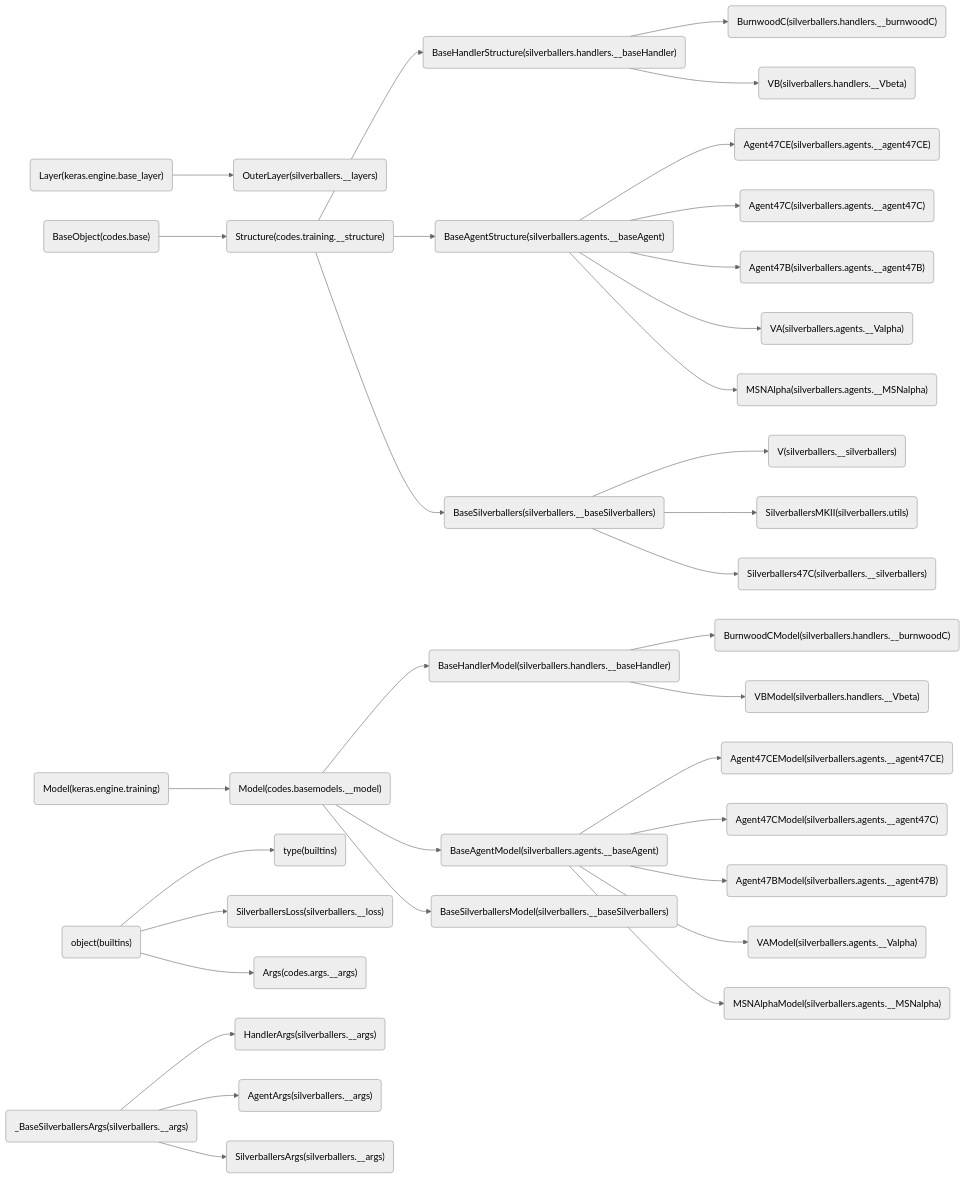
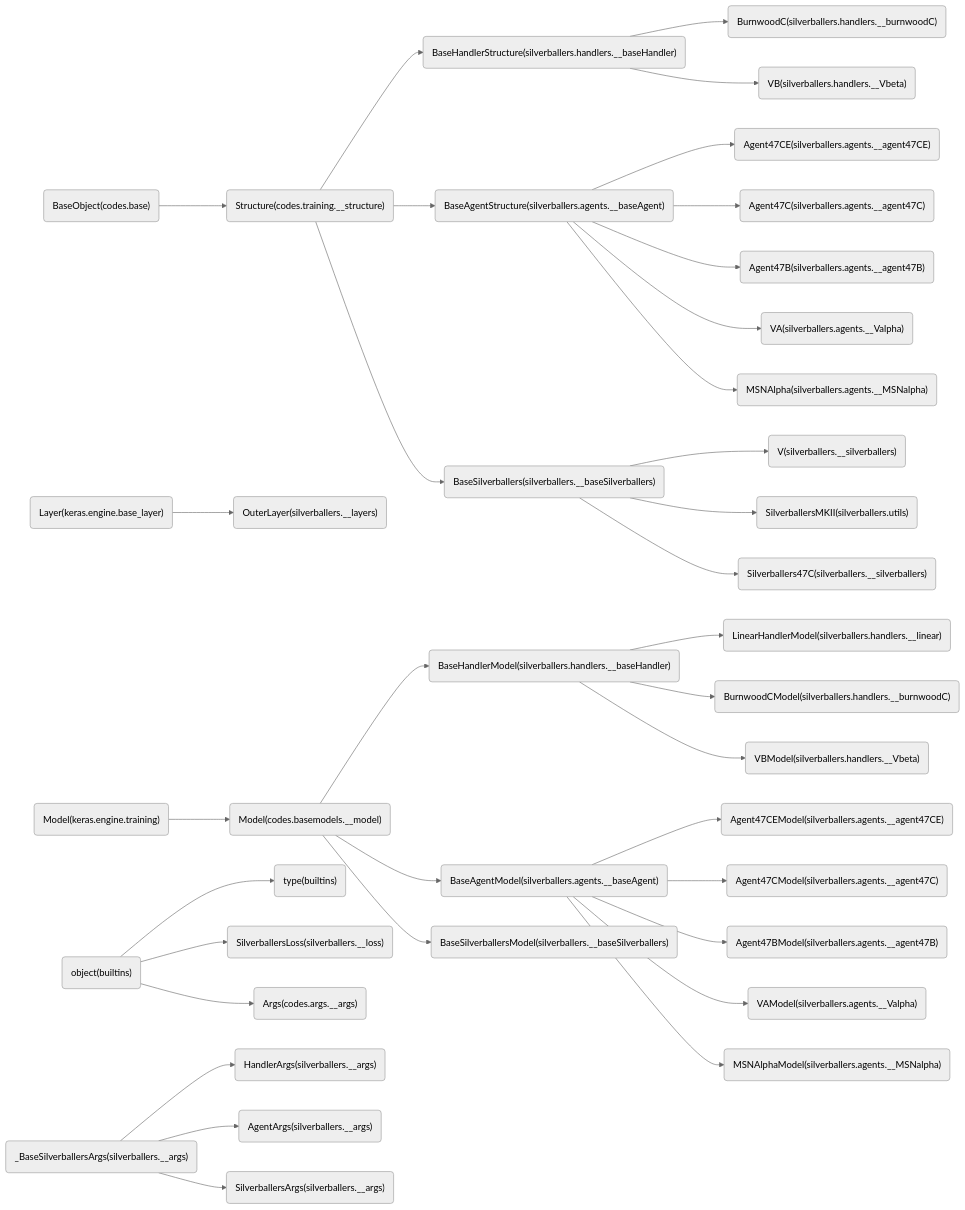
The second of 2 diagrams in classRef.md (cocoon2wong/Project-Jocker), drawn with Mermaid (neutral theme) before and after one commit. The commit also changed 1 other file, not shown here.

Commit message:
fix the iterable `SecondaryBar`

````diff
--- a/classRef.md
+++ b/classRef.md
@@ -81,35 +81,36 @@
 ```mermaid
     graph LR
-        keras.engine.base_layer_Layer("Layer(keras.engine.base_layer)") --> silverballers.__layers_OuterLayer("OuterLayer(silverballers.__layers)")
+        silverballers.handlers.__baseHandler_BaseHandlerModel("BaseHandlerModel(silverballers.handlers.__baseHandler)") --> silverballers.handlers.__linear_LinearHandlerModel("LinearHandlerModel(silverballers.handlers.__linear)")
         builtins_object("object(builtins)") --> builtins_type("type(builtins)")
         silverballers.__args__BaseSilverballersArgs("_BaseSilverballersArgs(silverballers.__args)") --> silverballers.__args_HandlerArgs("HandlerArgs(silverballers.__args)")
+        codes.basemodels.__model_Model("Model(codes.basemodels.__model)") --> silverballers.handlers.__baseHandler_BaseHandlerModel("BaseHandlerModel(silverballers.handlers.__baseHandler)")
+        keras.engine.base_layer_Layer("Layer(keras.engine.base_layer)") --> silverballers.__layers_OuterLayer("OuterLayer(silverballers.__layers)")
         silverballers.handlers.__baseHandler_BaseHandlerModel("BaseHandlerModel(silverballers.handlers.__baseHandler)") --> silverballers.handlers.__burnwoodC_BurnwoodCModel("BurnwoodCModel(silverballers.handlers.__burnwoodC)")
         silverballers.handlers.__baseHandler_BaseHandlerStructure("BaseHandlerStructure(silverballers.handlers.__baseHandler)") --> silverballers.handlers.__burnwoodC_BurnwoodC("BurnwoodC(silverballers.handlers.__burnwoodC)")
         codes.training.__structure_Structure("Structure(codes.training.__structure)") --> silverballers.handlers.__baseHandler_BaseHandlerStructure("BaseHandlerStructure(silverballers.handlers.__baseHandler)")
-        codes.basemodels.__model_Model("Model(codes.basemodels.__model)") --> silverballers.handlers.__baseHandler_BaseHandlerModel("BaseHandlerModel(silverballers.handlers.__baseHandler)")
         codes.base_BaseObject("BaseObject(codes.base)") --> codes.training.__structure_Structure("Structure(codes.training.__structure)")
         builtins_object("object(builtins)") --> silverballers.__loss_SilverballersLoss("SilverballersLoss(silverballers.__loss)")
         keras.engine.training_Model("Model(keras.engine.training)") --> codes.basemodels.__model_Model("Model(codes.basemodels.__model)")
         silverballers.handlers.__baseHandler_BaseHandlerModel("BaseHandlerModel(silverballers.handlers.__baseHandler)") --> silverballers.handlers.__Vbeta_VBModel("VBModel(silverballers.handlers.__Vbeta)")
         silverballers.handlers.__baseHandler_BaseHandlerStructure("BaseHandlerStructure(silverballers.handlers.__baseHandler)") --> silverballers.handlers.__Vbeta_VB("VB(silverballers.handlers.__Vbeta)")
         codes.training.__structure_Structure("Structure(codes.training.__structure)") --> silverballers.agents.__baseAgent_BaseAgentStructure("BaseAgentStructure(silverballers.agents.__baseAgent)")
         codes.basemodels.__model_Model("Model(codes.basemodels.__model)") --> silverballers.agents.__baseAgent_BaseAgentModel("BaseAgentModel(silverballers.agents.__baseAgent)")
         silverballers.__args__BaseSilverballersArgs("_BaseSilverballersArgs(silverballers.__args)") --> silverballers.__args_AgentArgs("AgentArgs(silverballers.__args)")
         silverballers.agents.__baseAgent_BaseAgentModel("BaseAgentModel(silverballers.agents.__baseAgent)") --> silverballers.agents.__agent47CE_Agent47CEModel("Agent47CEModel(silverballers.agents.__agent47CE)")
         silverballers.agents.__baseAgent_BaseAgentStructure("BaseAgentStructure(silverballers.agents.__baseAgent)") --> silverballers.agents.__agent47CE_Agent47CE("Agent47CE(silverballers.agents.__agent47CE)")
         silverballers.agents.__baseAgent_BaseAgentModel("BaseAgentModel(silverballers.agents.__baseAgent)") --> silverballers.agents.__agent47C_Agent47CModel("Agent47CModel(silverballers.agents.__agent47C)")
         silverballers.agents.__baseAgent_BaseAgentStructure("BaseAgentStructure(silverballers.agents.__baseAgent)") --> silverballers.agents.__agent47C_Agent47C("Agent47C(silverballers.agents.__agent47C)")
         silverballers.agents.__baseAgent_BaseAgentModel("BaseAgentModel(silverballers.agents.__baseAgent)") --> silverballers.agents.__agent47B_Agent47BModel("Agent47BModel(silverballers.agents.__agent47B)")
         silverballers.agents.__baseAgent_BaseAgentStructure("BaseAgentStructure(silverballers.agents.__baseAgent)") --> silverballers.agents.__agent47B_Agent47B("Agent47B(silverballers.agents.__agent47B)")
         silverballers.agents.__baseAgent_BaseAgentModel("BaseAgentModel(silverballers.agents.__baseAgent)") --> silverballers.agents.__Valpha_VAModel("VAModel(silverballers.agents.__Valpha)")
         silverballers.agents.__baseAgent_BaseAgentStructure("BaseAgentStructure(silverballers.agents.__baseAgent)") --> silverballers.agents.__Valpha_VA("VA(silverballers.agents.__Valpha)")
         silverballers.agents.__baseAgent_BaseAgentModel("BaseAgentModel(silverballers.agents.__baseAgent)") --> silverballers.agents.__MSNalpha_MSNAlphaModel("MSNAlphaModel(silverballers.agents.__MSNalpha)")
         silverballers.agents.__baseAgent_BaseAgentStructure("BaseAgentStructure(silverballers.agents.__baseAgent)") --> silverballers.agents.__MSNalpha_MSNAlpha("MSNAlpha(silverballers.agents.__MSNalpha)")
         silverballers.__baseSilverballers_BaseSilverballers("BaseSilverballers(silverballers.__baseSilverballers)") --> silverballers.__silverballers_V("V(silverballers.__silverballers)")
         codes.basemodels.__model_Model("Model(codes.basemodels.__model)") --> silverballers.__baseSilverballers_BaseSilverballersModel("BaseSilverballersModel(silverballers.__baseSilverballers)")
         silverballers.__baseSilverballers_BaseSilverballers("BaseSilverballers(silverballers.__baseSilverballers)") --> silverballers.utils_SilverballersMKII("SilverballersMKII(silverballers.utils)")
         silverballers.__args__BaseSilverballersArgs("_BaseSilverballersArgs(silverballers.__args)") --> silverballers.__args_SilverballersArgs("SilverballersArgs(silverballers.__args)")
         silverballers.__baseSilverballers_BaseSilverballers("BaseSilverballers(silverballers.__baseSilverballers)") --> silverballers.__silverballers_Silverballers47C("Silverballers47C(silverballers.__silverballers)")
         codes.training.__structure_Structure("Structure(codes.training.__structure)") --> silverballers.__baseSilverballers_BaseSilverballers("BaseSilverballers(silverballers.__baseSilverballers)")
         builtins_object("object(builtins)") --> codes.args.__args_Args("Args(codes.args.__args)")
 ```
````
